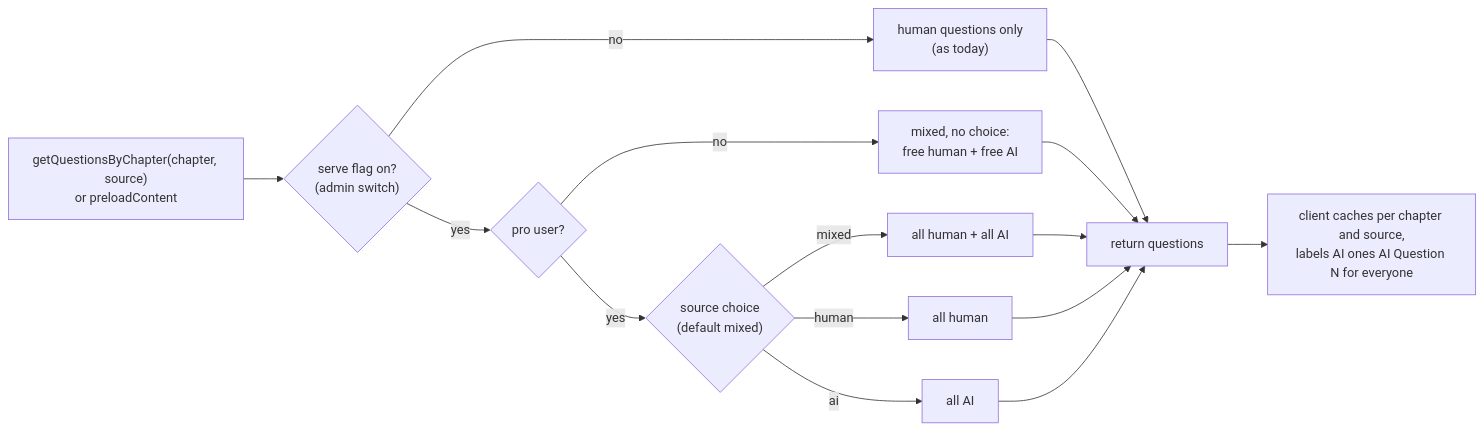
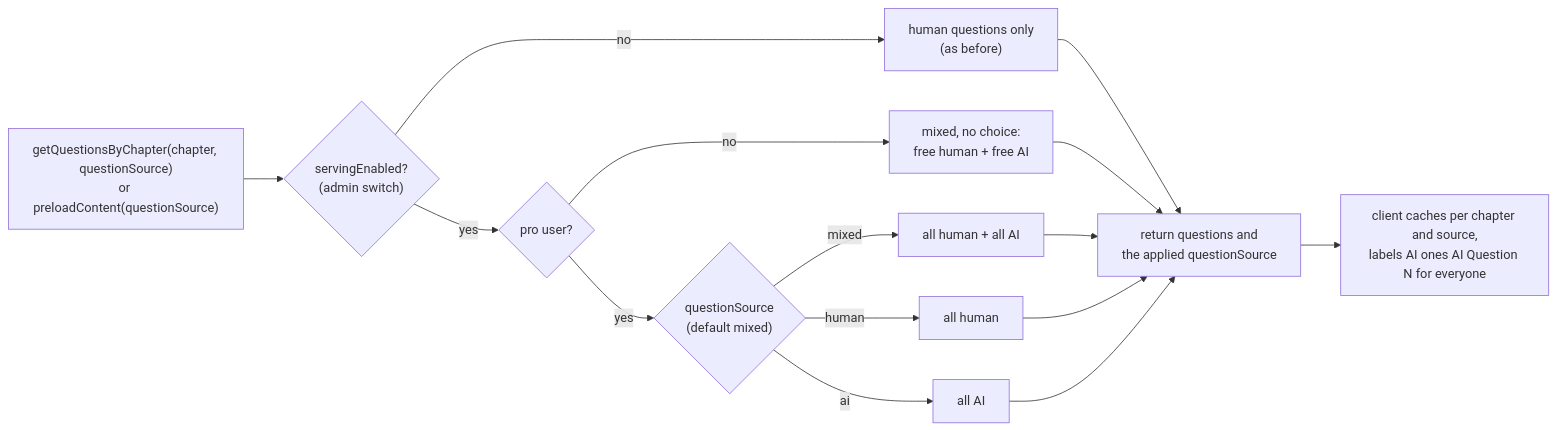
One commit to alexmcdermid/real-estate-quest changed the fifth of 5 diagrams in docs/ai-question-flow.md. Above: the diagram before and after it, drawn with Mermaid. The commit also changed other lines of this file, not shown here.

Commit message:
docs: match the AI question flow doc to the implementation

````diff
--- a/docs/ai-question-flow.md
+++ b/docs/ai-question-flow.md
@@ -176,17 +181,17 @@
 ```mermaid
 flowchart LR
-  CALL["getQuestionsByChapter(chapter, source)<br/>or preloadContent"] --> S{"serve flag on?<br/>(admin switch)"}
-  S -- no --> OFF["human questions only<br/>(as today)"]
+  CALL["getQuestionsByChapter(chapter, questionSource)<br/>or preloadContent(questionSource)"] --> S{"servingEnabled?<br/>(admin switch)"}
+  S -- no --> OFF["human questions only<br/>(as before)"]
   S -- yes --> P{"pro user?"}
   P -- no --> FREE["mixed, no choice:<br/>free human + free AI"]
-  P -- yes --> SRC{"source choice<br/>(default mixed)"}
+  P -- yes --> SRC{"questionSource<br/>(default mixed)"}
   SRC -- mixed --> MIX["all human + all AI"]
   SRC -- human --> HUM["all human"]
   SRC -- ai --> AIO["all AI"]
-  OFF --> OUT["return questions"]
+  OFF --> OUT["return questions and<br/>the applied questionSource"]
   FREE --> OUT
   MIX --> OUT
   HUM --> OUT
   AIO --> OUT
   OUT --> CLIENT["client caches per chapter and source,<br/>labels AI ones AI Question N for everyone"]
 ```
````
